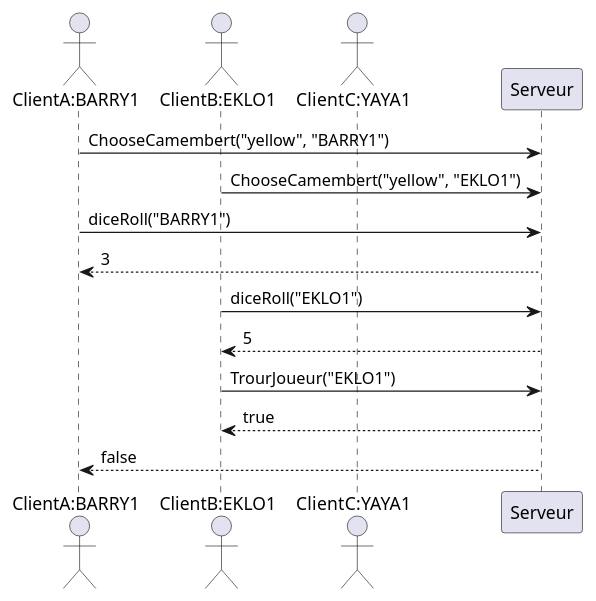
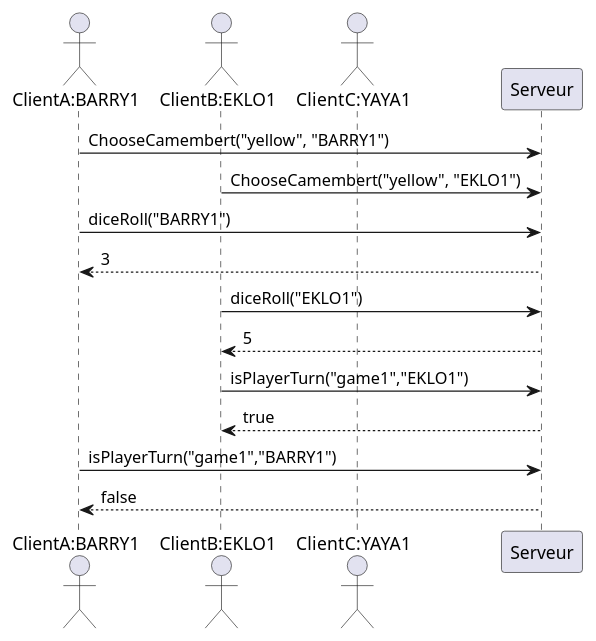
One commit to sybarry/Trivial_Pursuit_CL changed diagram 13 of 14 in trivial-doc/modules/development/pages/composants.adoc. Above: the diagram before and after it, drawn with PlantUML. The commit also changed other lines of this file, not shown here.

```diff
--- a/trivial-doc/modules/development/pages/composants.adoc
+++ b/trivial-doc/modules/development/pages/composants.adoc
@@ -414,24 +400,25 @@
 [plantuml]
 ....
 @startuml
 
 actor "ClientA:BARRY1" as C1
 actor "ClientB:EKLO1" as C2
 actor "ClientC:YAYA1" as C3
 
 C1 -> Serveur: ChooseCamembert("yellow", "BARRY1")
 C2 -> Serveur: ChooseCamembert("yellow", "EKLO1")
 
 C1 -> Serveur: diceRoll("BARRY1")
 Serveur --> C1 : 3
 
 C2 -> Serveur: diceRoll("EKLO1")
 Serveur --> C2 : 5
 
-C2 -> Serveur: TrourJoueur("EKLO1")
+C2 -> Serveur: isPlayerTurn("game1","EKLO1")
 Serveur --> C2 : true
 
+C1 -> Serveur: isPlayerTurn("game1","BARRY1")
 Serveur --> C1 : false
 
 @enduml
 ....
```
